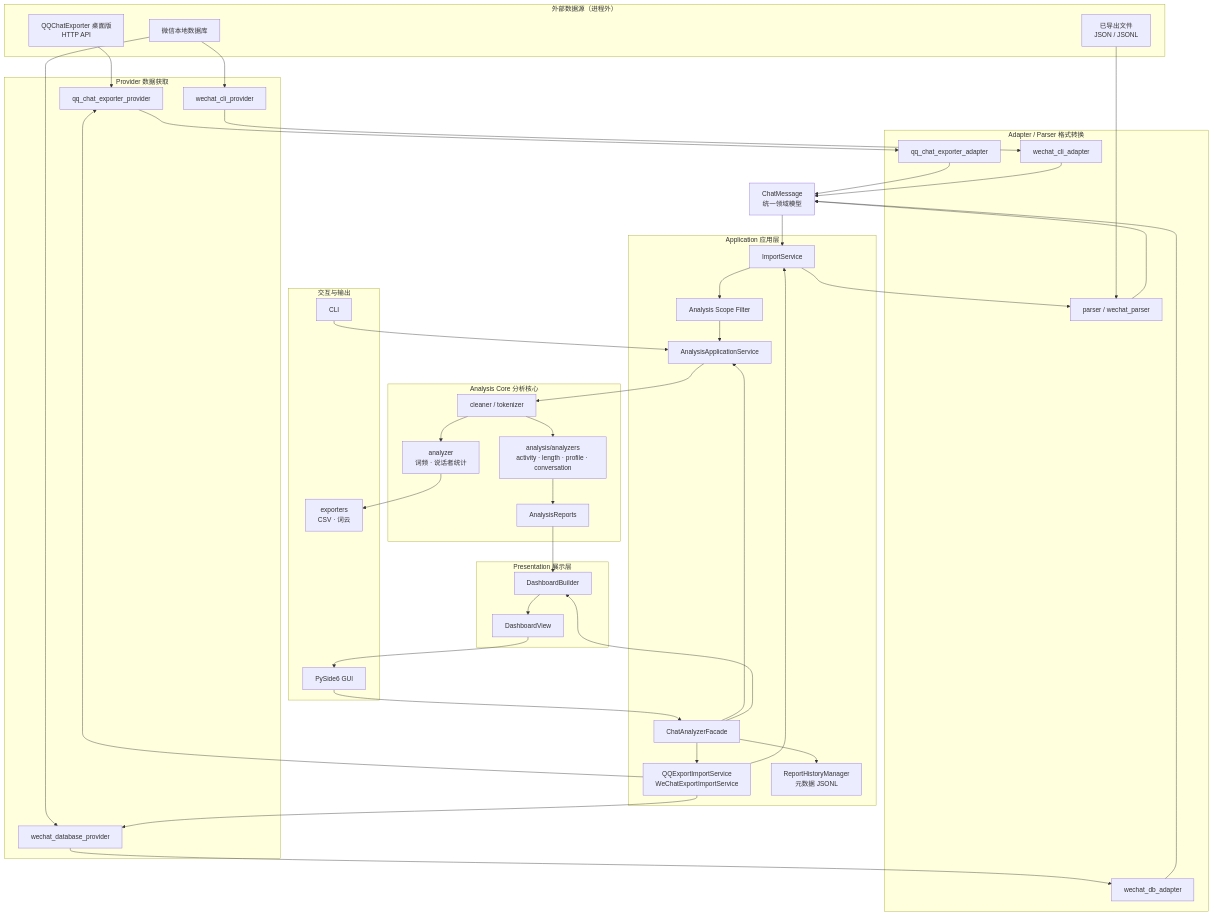
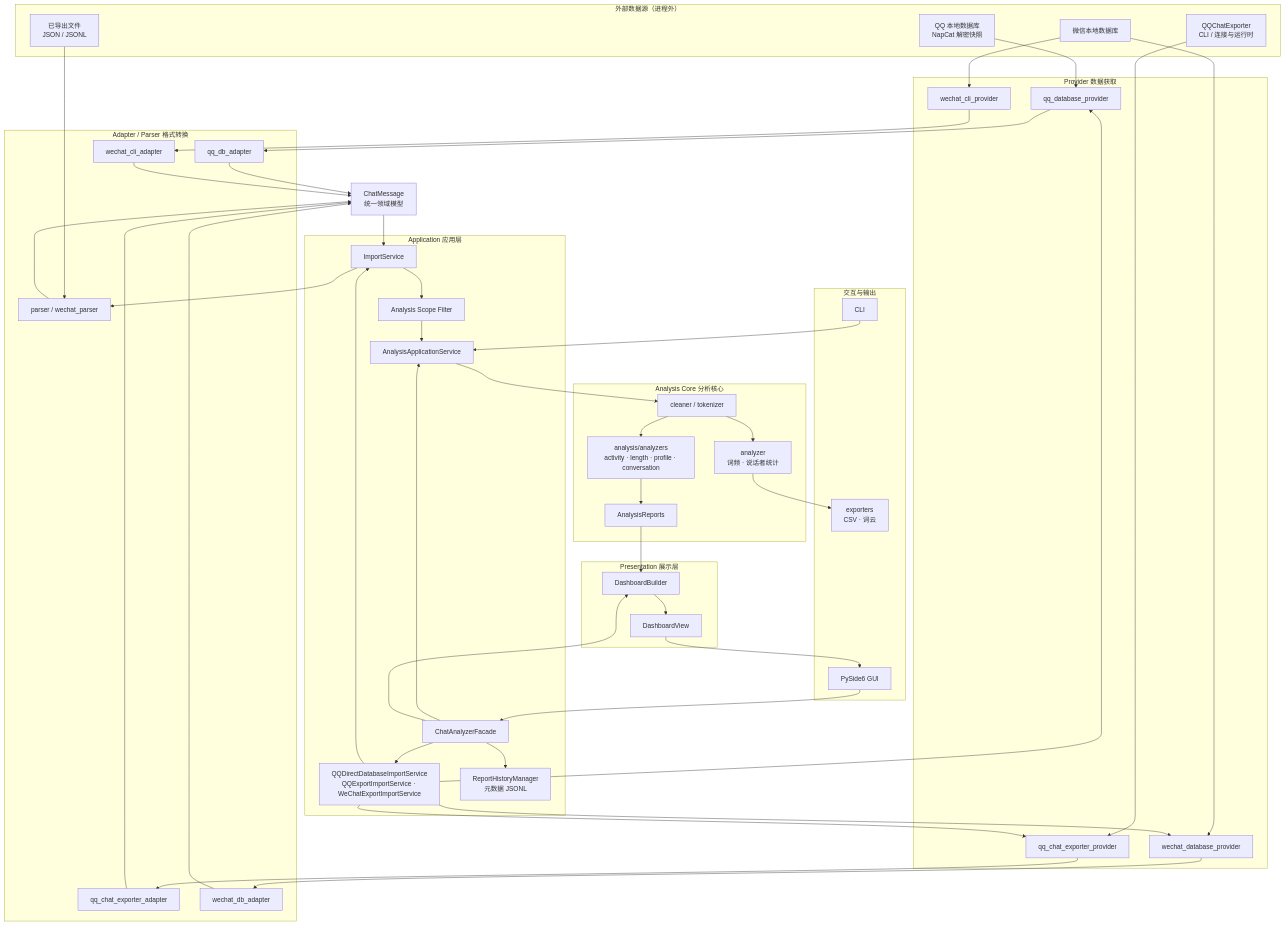
The diagram in ARCHITECTURE.md (lingmeng-658/echo-chat-analyzer), drawn with Mermaid before and after one commit. The commit also changed other lines of this file and 25 other files, not shown here.

````diff
--- a/ARCHITECTURE.md
+++ b/ARCHITECTURE.md
@@ -35,74 +35,79 @@
 ```mermaid
 flowchart TD
     subgraph EXT["外部数据源（进程外）"]
-        QCE["QQChatExporter 桌面版<br/>HTTP API"]
+        QQDB["QQ 本地数据库<br/>NapCat 解密快照"]
+        QCE["QQChatExporter<br/>CLI / 连接与运行时"]
         WXAPP["微信本地数据库"]
         FILE["已导出文件<br/>JSON / JSONL"]
     end
 
     subgraph ACQ["Provider 数据获取"]
+        PQQDB["qq_database_provider"]
         PQQ["qq_chat_exporter_provider"]
         PWXDB["wechat_database_provider"]
         PWXCLI["wechat_cli_provider"]
     end
 
     subgraph ADP["Adapter / Parser 格式转换"]
+        AQQDB["qq_db_adapter"]
         AQQ["qq_chat_exporter_adapter"]
         AWXDB["wechat_db_adapter"]
         AWXCLI["wechat_cli_adapter"]
         PARSER["parser / wechat_parser"]
     end
 
     MSG["ChatMessage<br/>统一领域模型"]
 
     subgraph APP["Application 应用层"]
         IMPORT["ImportService"]
         SCOPE["Analysis Scope Filter"]
-        ORCH["QQExportImportService<br/>WeChatExportImportService"]
+        ORCH["QQDirectDatabaseImportService<br/>QQExportImportService · WeChatExportImportService"]
         SVC["AnalysisApplicationService"]
         FACADE["ChatAnalyzerFacade"]
         HISTORY["ReportHistoryManager<br/>元数据 JSONL"]
     end
 
     subgraph CORE["Analysis Core 分析核心"]
         CLEAN["cleaner / tokenizer"]
         LEGACY["analyzer<br/>词频 · 说话者统计"]
         V2["analysis/analyzers<br/>activity · length · profile · conversation"]
         REPORTS["AnalysisReports"]
     end
 
     subgraph PRES["Presentation 展示层"]
         BUILD["DashboardBuilder"]
         VIEW["DashboardView"]
     end
 
     subgraph UI["交互与输出"]
         GUI["PySide6 GUI"]
         CLI["CLI"]
         EXP["exporters<br/>CSV · 词云"]
     end
 
+    QQDB --> PQQDB --> AQQDB --> MSG
     QCE --> PQQ --> AQQ --> MSG
     WXAPP --> PWXDB --> AWXDB --> MSG
     WXAPP --> PWXCLI --> AWXCLI --> MSG
     FILE --> PARSER --> MSG
 
+    ORCH --> PQQDB
     ORCH --> PQQ
     ORCH --> PWXDB
     IMPORT --> PARSER
     MSG --> IMPORT --> SCOPE --> SVC
     ORCH --> IMPORT
 
     SVC --> CLEAN --> LEGACY
     CLEAN --> V2 --> REPORTS
     LEGACY --> EXP
     REPORTS --> BUILD --> VIEW
 
     FACADE --> ORCH
     FACADE --> SVC
     FACADE --> BUILD
     FACADE --> HISTORY
     GUI --> FACADE
     CLI --> SVC
     VIEW --> GUI
 ```
````
